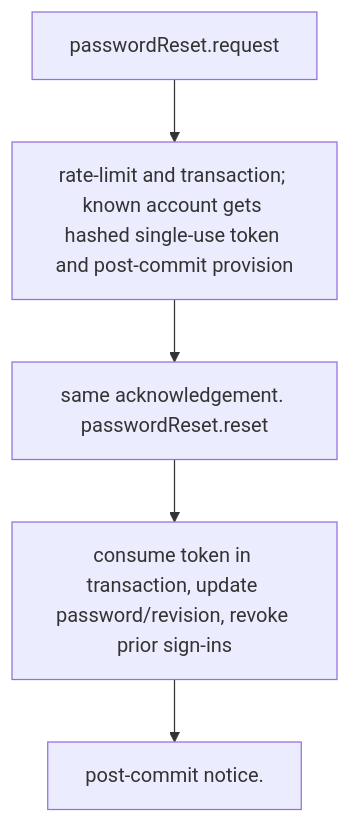
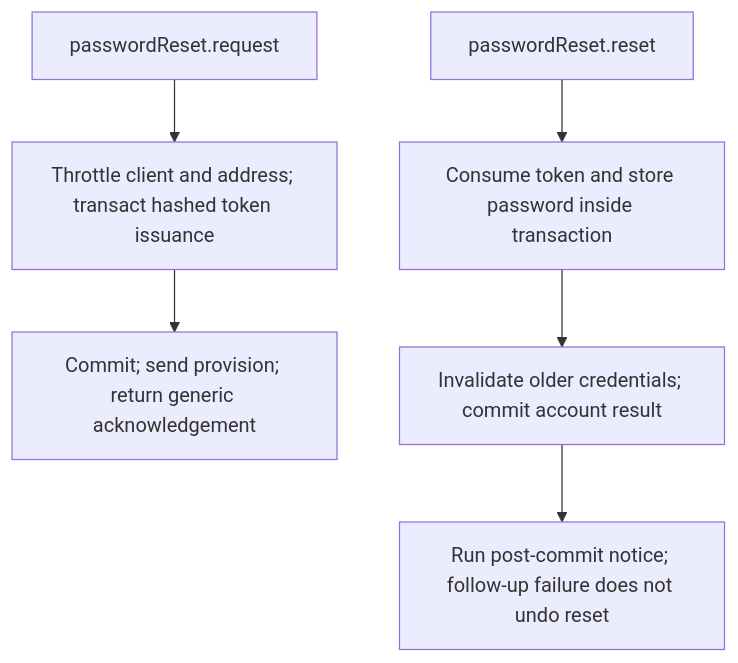
The second of 2 diagrams in user-stories/US-ACCOUNT-01-recover-password.md (Kevinjohn/oss-adonisjs-account-kit), drawn with Mermaid before and after one commit. The commit also changed other lines of this file and 17 other files, not shown here.

````diff
--- a/user-stories/US-ACCOUNT-01-recover-password.md
+++ b/user-stories/US-ACCOUNT-01-recover-password.md
@@ -35,12 +34,8 @@
 ```mermaid
 flowchart TD
-    C0["passwordReset.request"]
-    C1["rate-limit and transaction; known account gets hashed single-use token and post-commit provision"]
-    C0 --> C1
-    C2["same acknowledgement. passwordReset.reset"]
-    C1 --> C2
-    C3["consume token in transaction, update password/revision, revoke prior sign-ins"]
-    C2 --> C3
-    C4["post-commit notice."]
-    C3 --> C4
+ A["passwordReset.request"] --> B["Throttle client and address; transact hashed token issuance"]
+ B --> C["Commit; send provision; return generic acknowledgement"]
+ D["passwordReset.reset"] --> E["Consume token and store password inside transaction"]
+ E --> F["Invalidate older credentials; commit account result"]
+ F --> G["Run post-commit notice; follow-up failure does not undo reset"]
 ```
````
